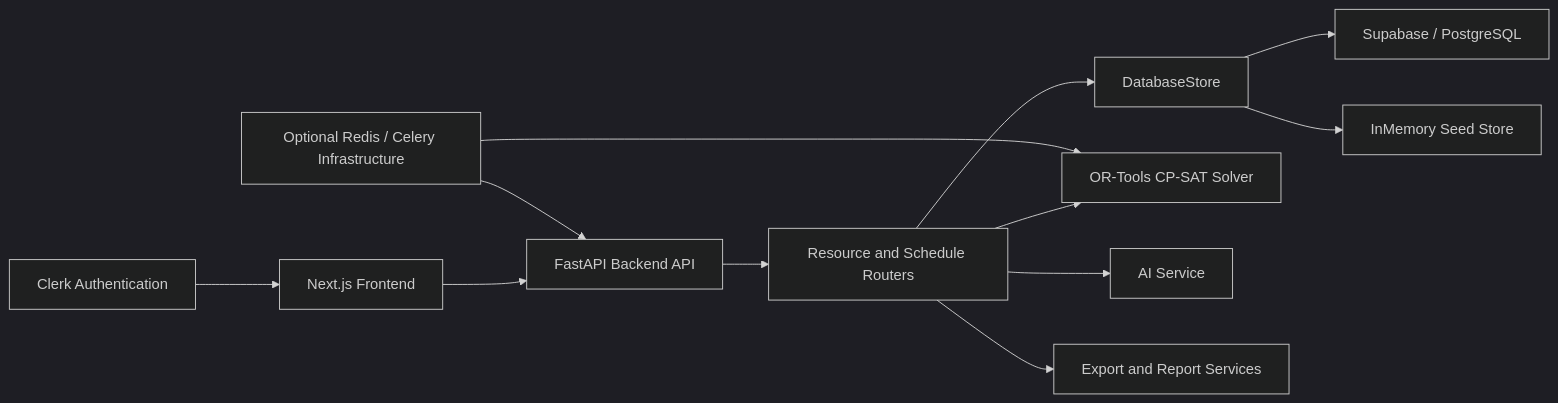
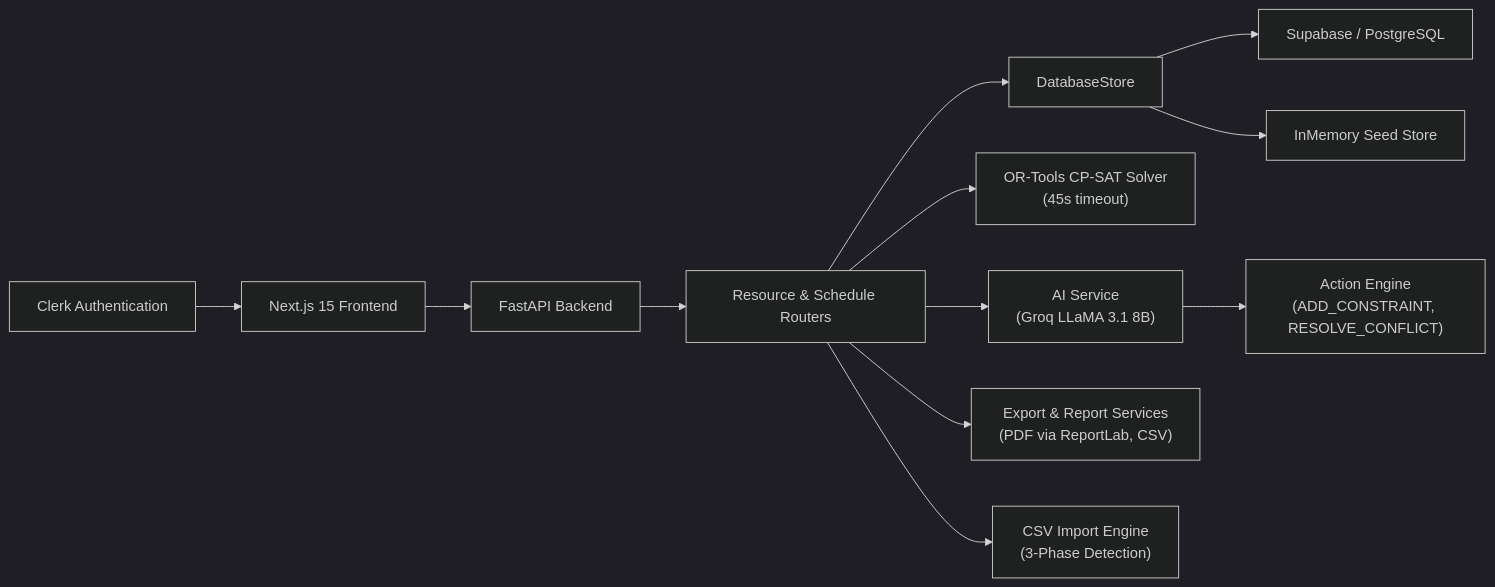
The diagram in TimeTableX_Project_Documentation.md (potlasrisharan/intelligent-timetable-generator), drawn with Mermaid (dark theme) before and after one commit. The commit also changed other lines of this file and 1 other file, not shown here.

````diff
--- a/TimeTableX_Project_Documentation.md
+++ b/TimeTableX_Project_Documentation.md
@@ -43,14 +49,14 @@
 ```mermaid
 flowchart LR
-    A["Next.js Frontend"] --> B["FastAPI Backend API"]
-    B --> C["Resource and Schedule Routers"]
+    A["Next.js 15 Frontend"] --> B["FastAPI Backend"]
+    B --> C["Resource & Schedule Routers"]
     C --> D["DatabaseStore"]
     D --> E["Supabase / PostgreSQL"]
     D --> F["InMemory Seed Store"]
-    C --> G["OR-Tools CP-SAT Solver"]
-    C --> H["AI Service"]
-    C --> I["Export and Report Services"]
+    C --> G["OR-Tools CP-SAT Solver\n(45s timeout)"]
+    C --> H["AI Service\n(Groq LLaMA 3.1 8B)"]
+    H --> H2["Action Engine\n(ADD_CONSTRAINT, RESOLVE_CONFLICT)"]
+    C --> I["Export & Report Services\n(PDF via ReportLab, CSV)"]
+    C --> I2["CSV Import Engine\n(3-Phase Detection)"]
     J["Clerk Authentication"] --> A
-    K["Optional Redis / Celery Infrastructure"] --> B
-    K --> G
 ```
````
